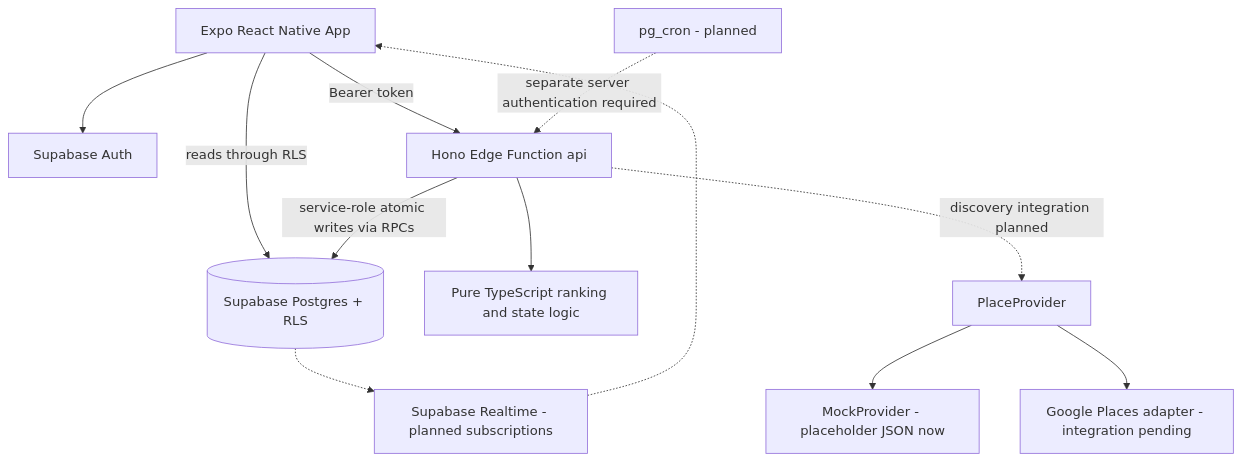
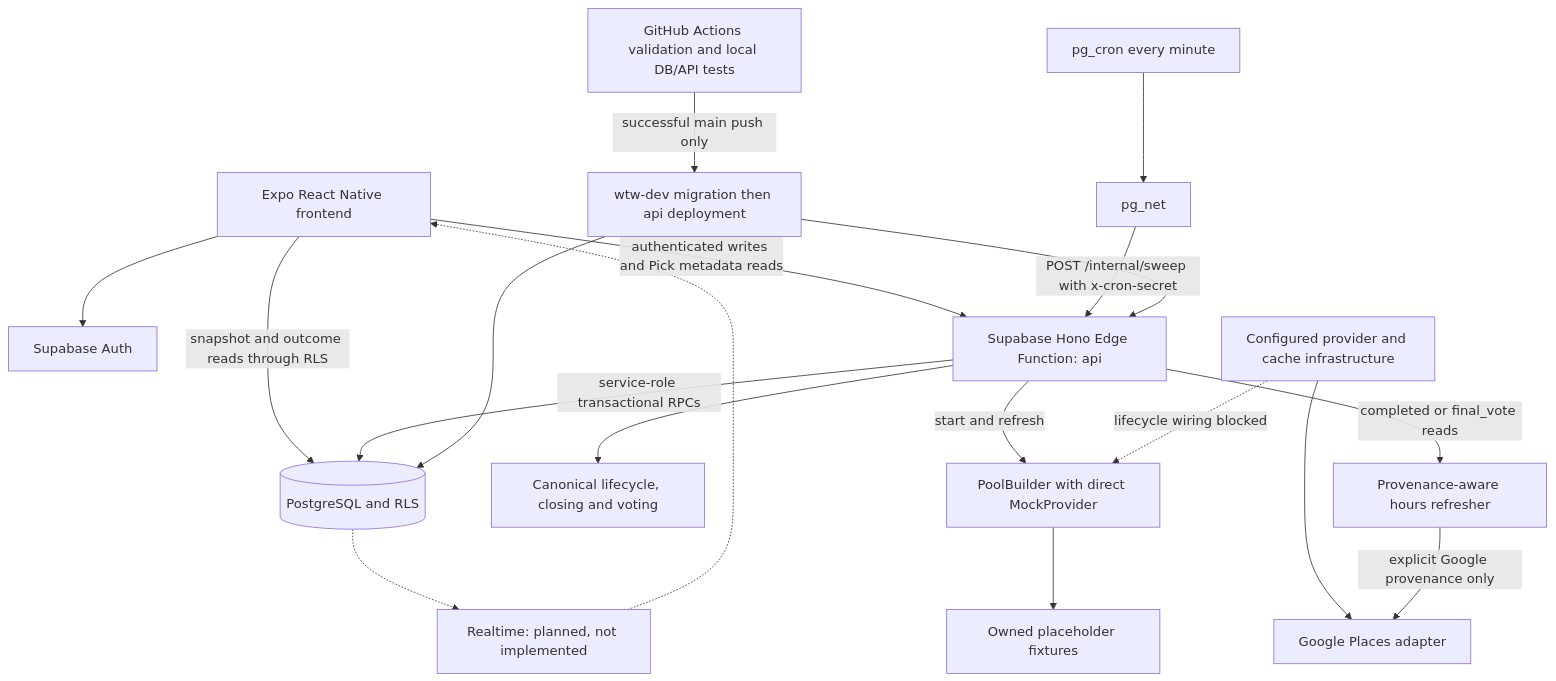
Before and after one commit to mopsha/WTW-CSE416: the third of 3 diagrams in docs/design.md, drawn with Mermaid. The commit also changed other lines of this file and 2 other files, not shown here.

Commit message:
docs: update Week 4 architecture and deployment status

````diff
--- a/docs/design.md
+++ b/docs/design.md
@@ -253,14 +253,21 @@
 ```mermaid
 flowchart TD
-    App[Expo React Native App] --> Auth[Supabase Auth]
-    App -->|reads through RLS| DB[(Supabase Postgres + RLS)]
-    App -->|Bearer token| API[Hono Edge Function api]
-    API -->|service-role atomic writes via RPCs| DB
-    API --> Domain[Pure TypeScript ranking and state logic]
-    API -.->|discovery integration planned| Provider[PlaceProvider]
-    Provider --> Mock[MockProvider - placeholder JSON now]
-    Provider --> Google[Google Places adapter - integration pending]
-    DB -.-> Realtime[Supabase Realtime - planned subscriptions]
-    Realtime -.-> App
-    Cron[pg_cron - planned] -.->|separate server authentication required| API
+    App[Expo React Native frontend] --> Auth[Supabase Auth]
+    App -->|snapshot and outcome reads through RLS| DB[(PostgreSQL and RLS)]
+    App -->|authenticated writes and Pick metadata reads| API[Supabase Hono Edge Function: api]
+    API -->|service-role transactional RPCs| DB
+    API --> Domain[Canonical lifecycle, closing and voting]
+    API -->|start and refresh| Pool[PoolBuilder with direct MockProvider]
+    Pool --> Mock[Owned placeholder fixtures]
+    Configured[Configured provider and cache infrastructure] -.->|lifecycle wiring blocked| Pool
+    Configured --> Google[Google Places adapter]
+    API -->|completed or final_vote reads| Hours[Provenance-aware hours refresher]
+    Hours -->|explicit Google provenance only| Google
+    Cron[pg_cron every minute] --> Net[pg_net]
+    Net -->|POST /internal/sweep with x-cron-secret| API
+    CI[GitHub Actions validation and local DB/API tests] -->|successful main push only| CD[wtw-dev migration then api deployment]
+    CD --> DB
+    CD --> API
+    DB -.-> RT[Realtime: planned, not implemented]
+    RT -.-> App
 ```
````
